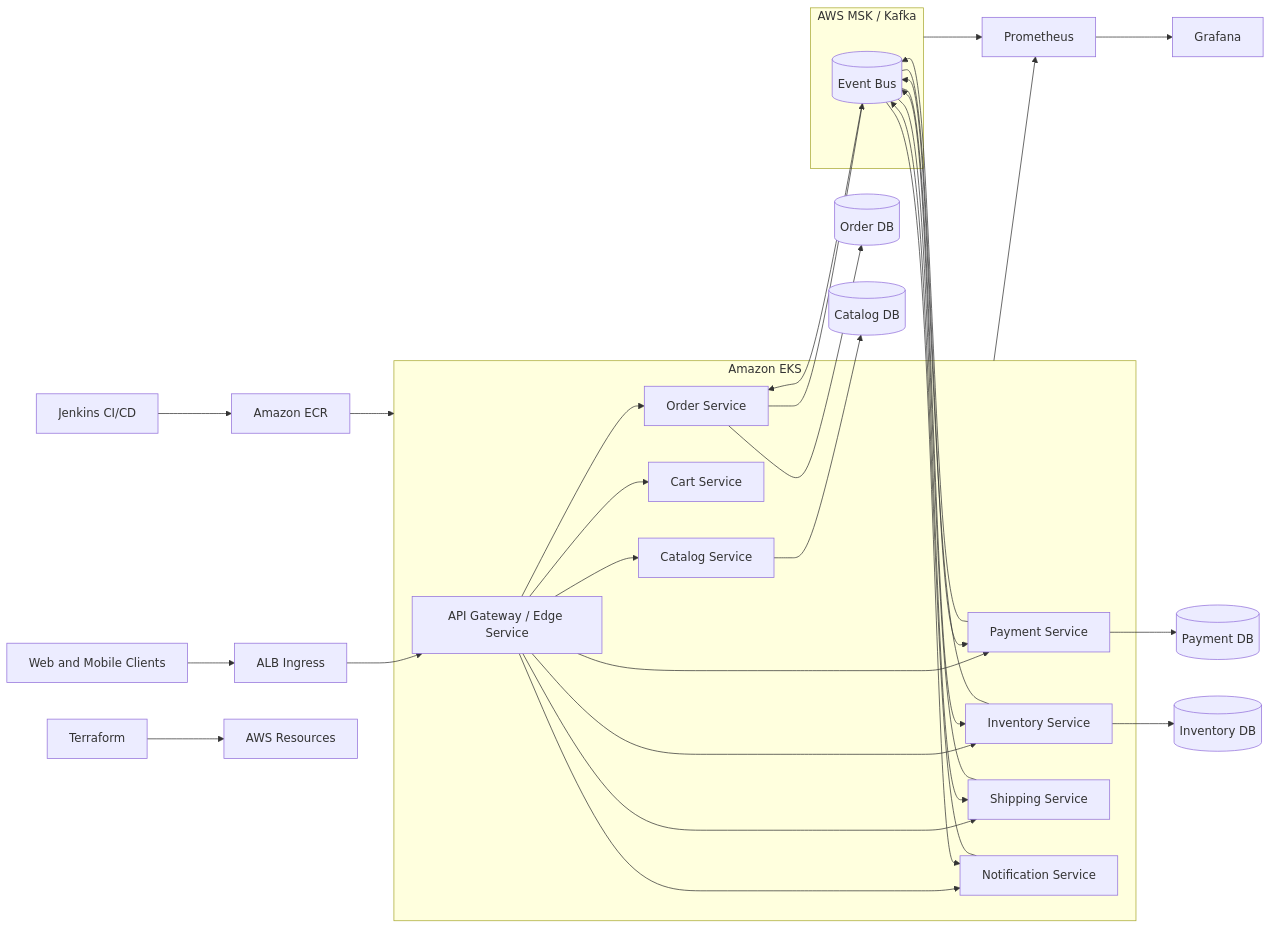
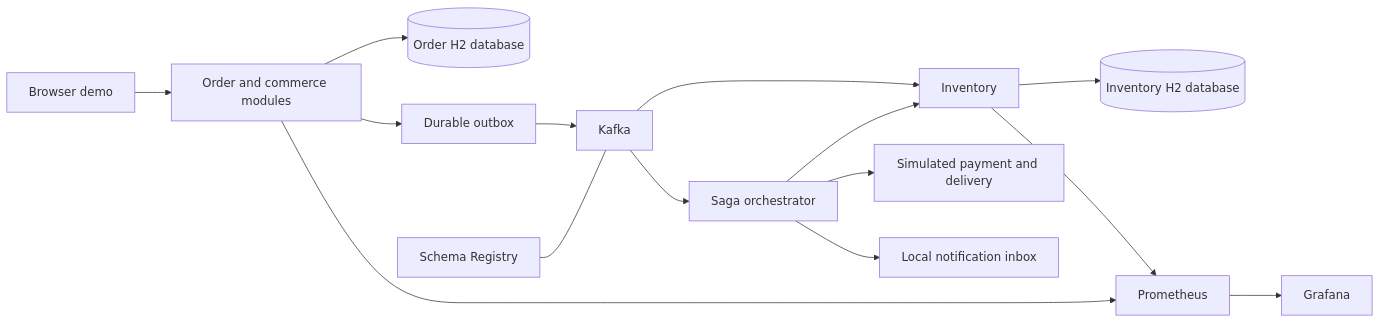
The diagram in Event-Driven E-Commerce Platform/README.md (MirceaStefanescu/Portfolio), drawn with Mermaid before and after one commit. The commit also changed other lines of this file and 356 other files, not shown here.

````diff
--- a/Event-Driven E-Commerce Platform/README.md
+++ b/Event-Driven E-Commerce Platform/README.md
@@ -65,42 +45,17 @@
 ```mermaid
 flowchart LR
-  Users[Web and Mobile Clients] --> ALB[ALB Ingress]
-  ALB --> Edge[API Gateway / Edge Service]
-  subgraph EKS[Amazon EKS]
-    Edge --> Catalog[Catalog Service]
-    Edge --> Cart[Cart Service]
-    Edge --> Order[Order Service]
-    Edge --> Payment[Payment Service]
-    Edge --> Inventory[Inventory Service]
-    Edge --> Shipping[Shipping Service]
-    Edge --> Notify[Notification Service]
-  end
-
-  Order --> OrderDB[(Order DB)]
-  Payment --> PaymentDB[(Payment DB)]
-  Inventory --> InventoryDB[(Inventory DB)]
-  Catalog --> CatalogDB[(Catalog DB)]
-
-  subgraph MSK[AWS MSK / Kafka]
-    Kafka[(Event Bus)]
-  end
-
-  Order --> Kafka
-  Payment --> Kafka
-  Inventory --> Kafka
-  Shipping --> Kafka
-  Notify --> Kafka
-  Kafka --> Order
-  Kafka --> Payment
+  UI[Browser demo] --> Commerce[Order and commerce modules]
+  Commerce --> OrderDB[(Order H2 database)]
+  Commerce --> Outbox[Durable outbox]
+  Outbox --> Kafka
   Kafka --> Inventory
-  Kafka --> Shipping
-  Kafka --> Notify
-
-  Jenkins[Jenkins CI/CD] --> ECR[Amazon ECR]
-  ECR --> EKS
-  Terraform[Terraform] --> AWS[AWS Resources]
-
-  Prometheus[Prometheus] --> Grafana[Grafana]
-  EKS --> Prometheus
-  MSK --> Prometheus
+  Kafka --> Saga[Saga orchestrator]
+  Inventory --> StockDB[(Inventory H2 database)]
+  Saga --> Inventory
+  Saga --> Demo[Simulated payment and delivery]
+  Saga --> Inbox[Local notification inbox]
+  Registry[Schema Registry] --- Kafka
+  Commerce --> Prometheus
+  Inventory --> Prometheus
+  Prometheus --> Grafana
 ```
````
